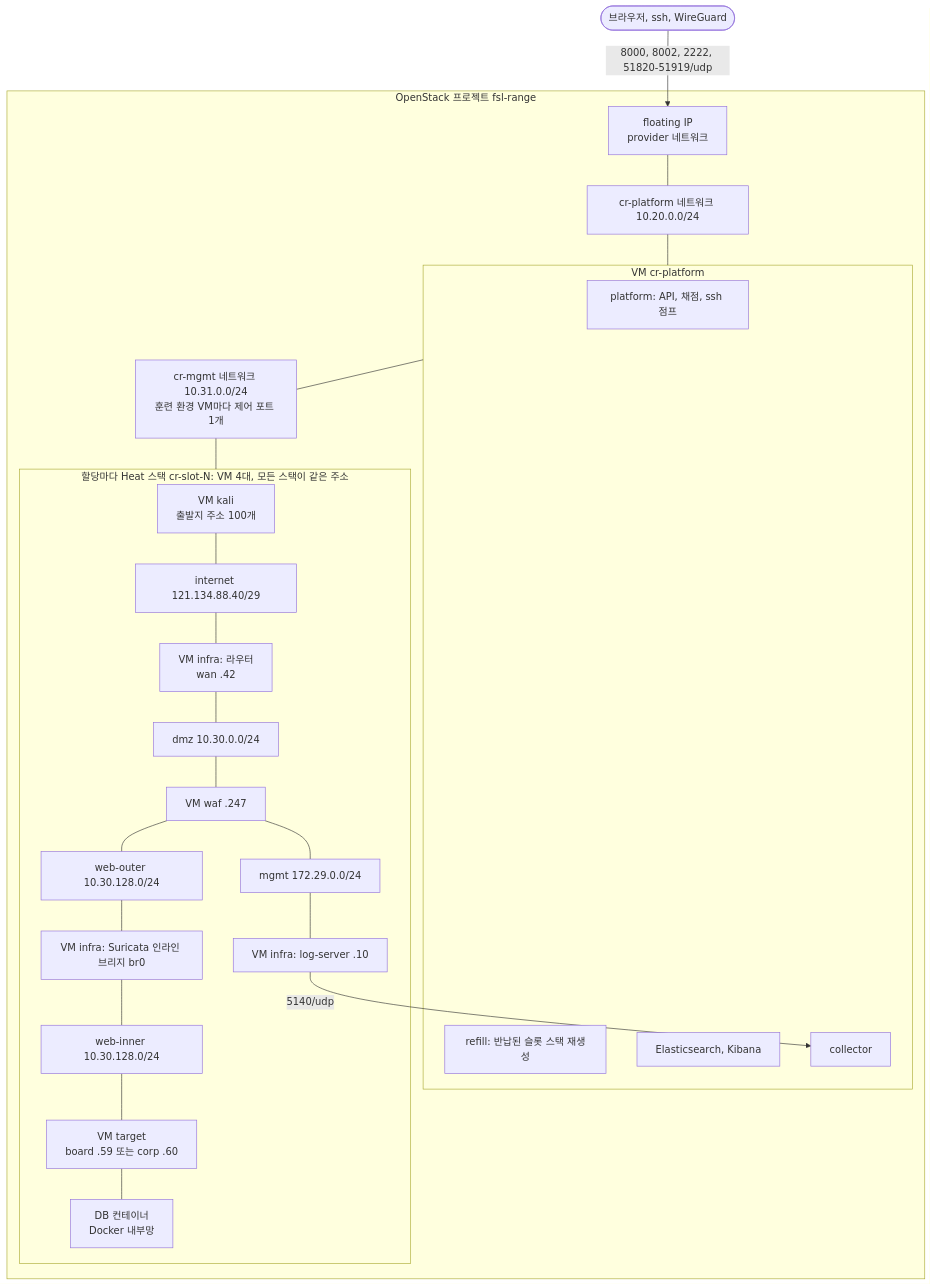
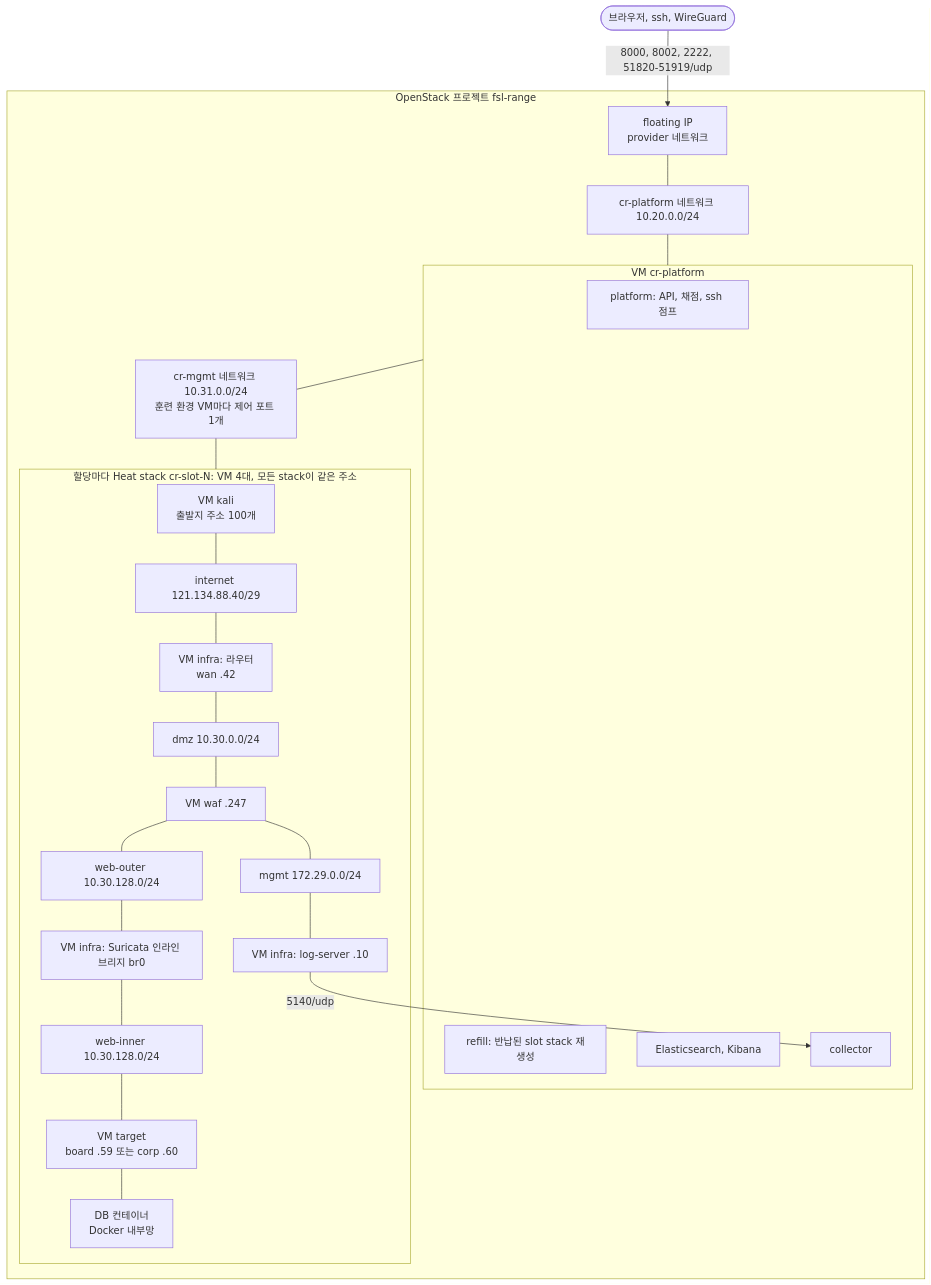
The diagram in README.md (Nekonic/fsl-project-mvp), drawn with Mermaid before and after one commit. The commit also changed other lines of this file and 9 other files, not shown here.

````diff
--- a/README.md
+++ b/README.md
@@ -147,30 +148,30 @@
 ```mermaid
 flowchart TB
   user(["브라우저, ssh, WireGuard"]) -->|"8000, 8002, 2222, 51820-51919/udp"| fip["floating IP<br/>provider 네트워크"]
   subgraph os["OpenStack 프로젝트 fsl-range"]
     fip --- pnet["cr-platform 네트워크 10.20.0.0/24"]
     pnet --- pvm
     subgraph pvm["VM cr-platform"]
       platform["platform: API, 채점, ssh 점프"]
-      refill["refill: 반납된 슬롯 스택 재생성"]
+      refill["refill: 반납된 slot stack 재생성"]
       elk["Elasticsearch, Kibana"]
       collector["collector"]
     end
     pvm --- mgmt["cr-mgmt 네트워크 10.31.0.0/24<br/>훈련 환경 VM마다 제어 포트 1개"]
     mgmt --- stack
-    subgraph stack["할당마다 Heat 스택 cr-slot-N: VM 4대, 모든 스택이 같은 주소"]
+    subgraph stack["할당마다 Heat stack cr-slot-N: VM 4대, 모든 stack이 같은 주소"]
       kali["VM kali<br/>출발지 주소 100개"] --- inet["internet 121.134.88.40/29"]
       inet --- edge["VM infra: 라우터<br/>wan .42"]
       edge --- dmz["dmz 10.30.0.0/24"]
       dmz --- waf["VM waf .247"]
       waf --- outer["web-outer 10.30.128.0/24"]
       outer --- ids["VM infra: Suricata 인라인 브리지 br0"]
       ids --- inner["web-inner 10.30.128.0/24"]
       inner --- target["VM target<br/>board .59 또는 corp .60"]
       target --- db["DB 컨테이너<br/>Docker 내부망"]
       waf --- smgmt["mgmt 172.29.0.0/24"]
       smgmt --- logsrv["VM infra: log-server .10"]
     end
     logsrv -->|"5140/udp"| collector
   end
 ```
````
